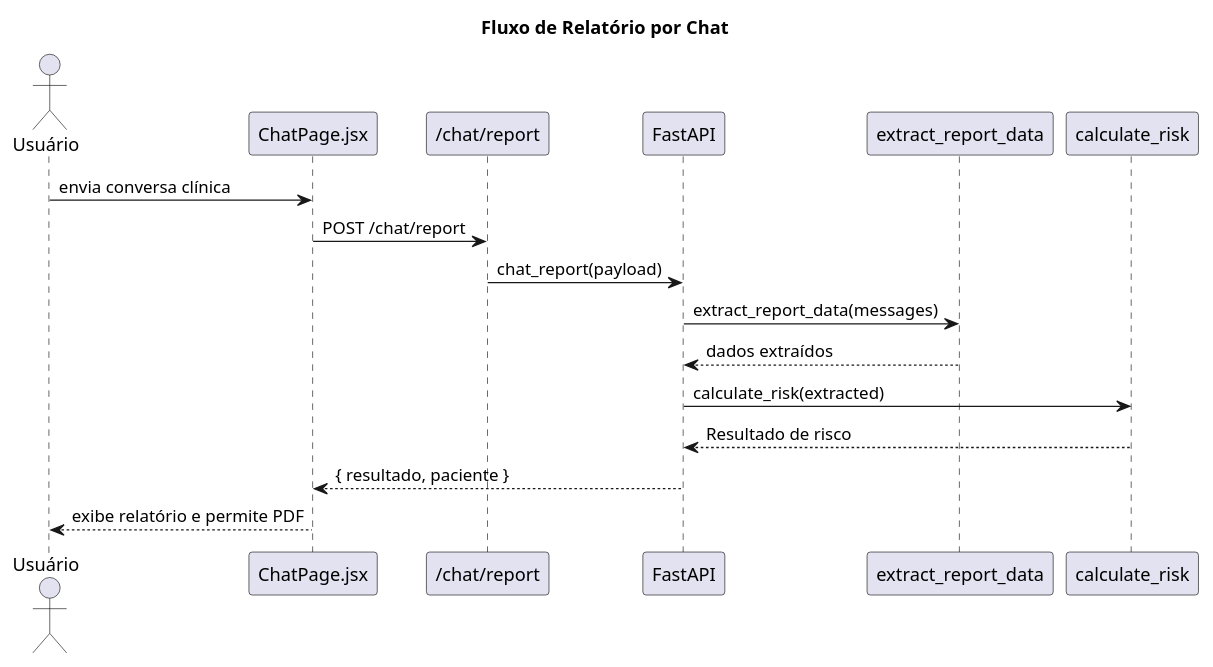
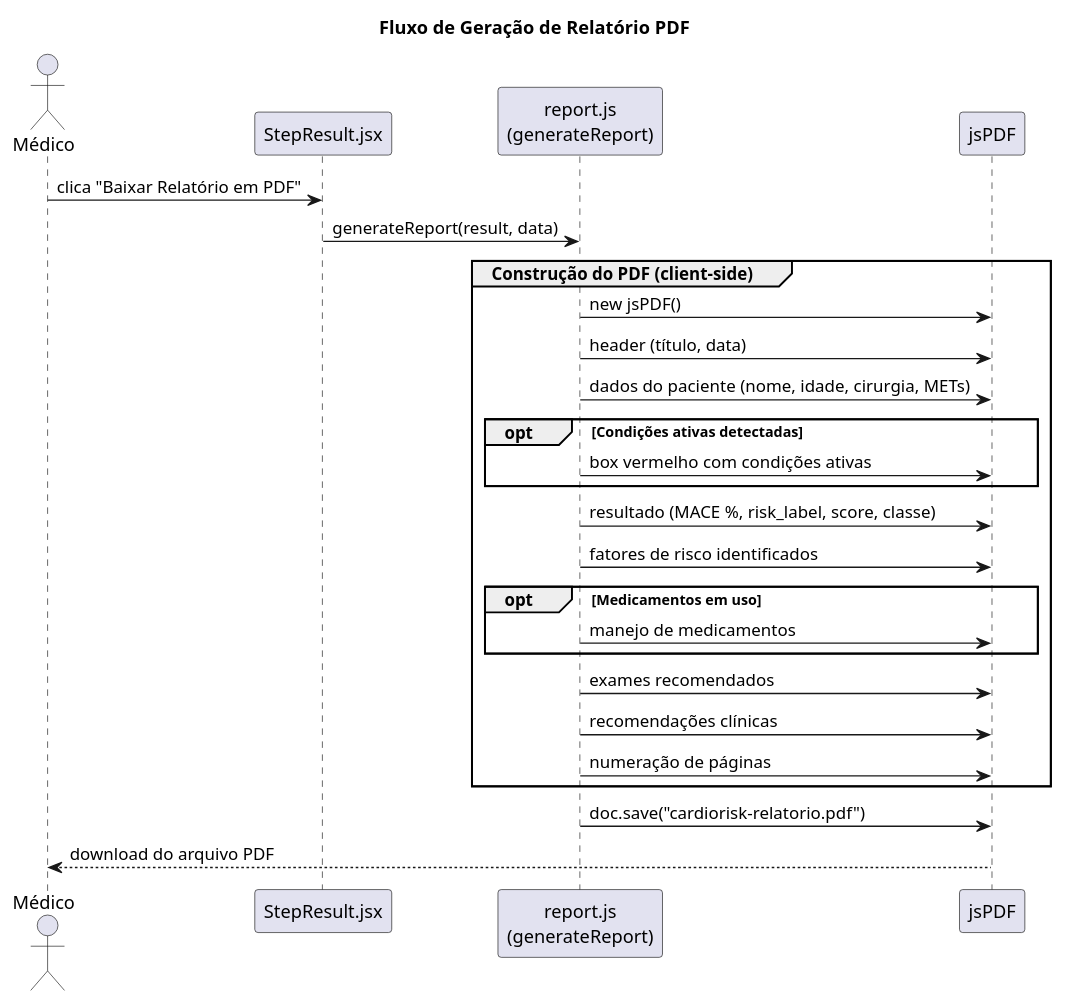
The diagram in diagramas/sequence_chat_report.puml (GustavoFrossard/Cardio-Risk-Calc), drawn with PlantUML before and after one commit. The commit also changed 9 other files, not shown here.

Commit message:
diagramas

```diff
--- a/diagramas/sequence_chat_report.puml
+++ b/diagramas/sequence_chat_report.puml
@@ -1,19 +1,34 @@
 @startuml
-title Fluxo de Relatório por Chat
-actor Usuário
-participant "ChatPage.jsx" as Frontend
-participant "/chat/report" as API
-participant "FastAPI" as Backend
-participant "extract_report_data" as Extrator
-participant "calculate_risk" as Calculadora
+title Fluxo de Geração de Relatório PDF
+actor Médico
+participant "StepResult.jsx" as StepResult
+participant "report.js\n(generateReport)" as ReportService
+participant "jsPDF" as JSPDF
 
-Usuário -> Frontend: envia conversa clínica
-Frontend -> API: POST /chat/report
-API -> Backend: chat_report(payload)
-Backend -> Extrator: extract_report_data(messages)
-Extrator --> Backend: dados extraídos
-Backend -> Calculadora: calculate_risk(extracted)
-Calculadora --> Backend: Resultado de risco
-Backend --> Frontend: { resultado, paciente }
-Frontend --> Usuário: exibe relatório e permite PDF
+Médico -> StepResult: clica "Baixar Relatório em PDF"
+StepResult -> ReportService: generateReport(result, data)
+
+group Construção do PDF (client-side)
+  ReportService -> JSPDF: new jsPDF()
+  ReportService -> JSPDF: header (título, data)
+  ReportService -> JSPDF: dados do paciente (nome, idade, cirurgia, METs)
+
+  opt Condições ativas detectadas
+    ReportService -> JSPDF: box vermelho com condições ativas
+  end
+
+  ReportService -> JSPDF: resultado (MACE %, risk_label, score, classe)
+  ReportService -> JSPDF: fatores de risco identificados
+
+  opt Medicamentos em uso
+    ReportService -> JSPDF: manejo de medicamentos
+  end
+
+  ReportService -> JSPDF: exames recomendados
+  ReportService -> JSPDF: recomendações clínicas
+  ReportService -> JSPDF: numeração de páginas
+end
+
+ReportService -> JSPDF: doc.save("cardiorisk-relatorio.pdf")
+JSPDF --> Médico: download do arquivo PDF
 @enduml
```
